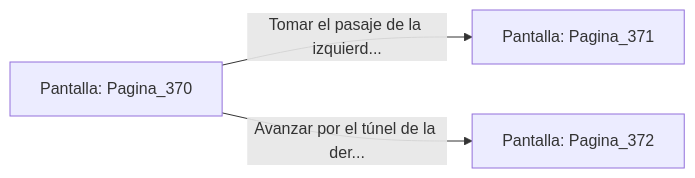
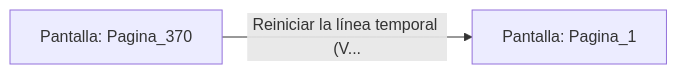
One commit to metsuke/mpl changed the diagram in sample/eligejuego-vault/Pantalla_Pagina_370.md. Above: the diagram before and after it, drawn with Mermaid. The commit also changed other lines of this file and 635 other files, not shown here.

First line of the commit message:
fix: añadir Pagina_1 como pantalla inicial en capitulo_01.mpl

````diff
--- a/sample/eligejuego-vault/Pantalla_Pagina_370.md
+++ b/sample/eligejuego-vault/Pantalla_Pagina_370.md
@@ -20,6 +17,5 @@
 ```mermaid
 graph LR
     P_Pagina_370["Pantalla: Pagina_370"]
-    P_Pagina_370 -->|"Tomar el pasaje de la izquierd..."| P_Pagina_371["Pantalla: Pagina_371"]
-    P_Pagina_370 -->|"Avanzar por el túnel de la der..."| P_Pagina_372["Pantalla: Pagina_372"]
+    P_Pagina_370 -->|"Reiniciar la línea temporal (V..."| P_Pagina_1["Pantalla: Pagina_1"]
 ```
````
